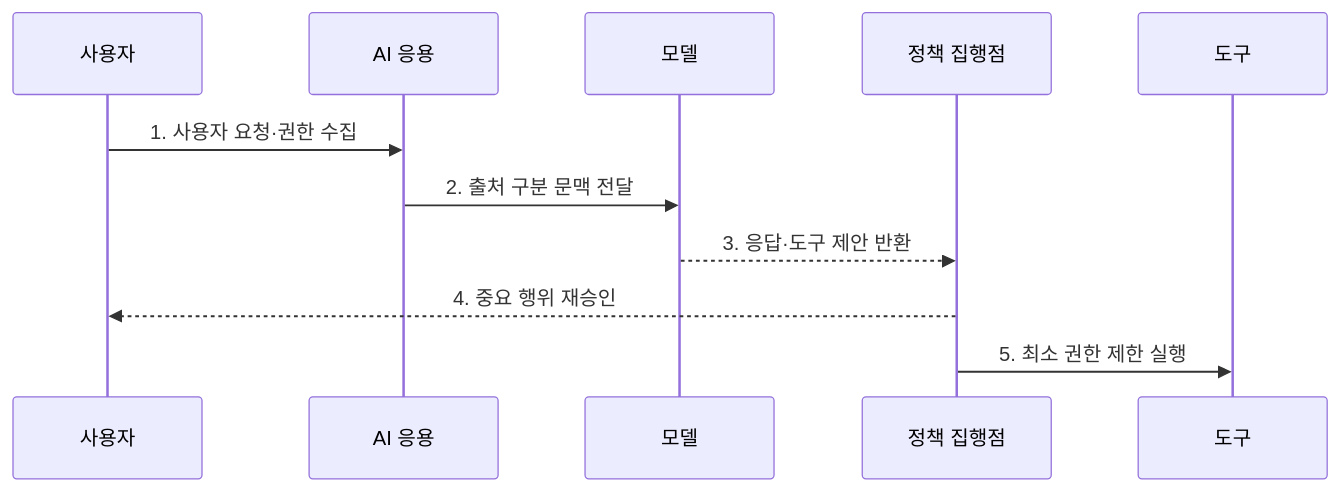
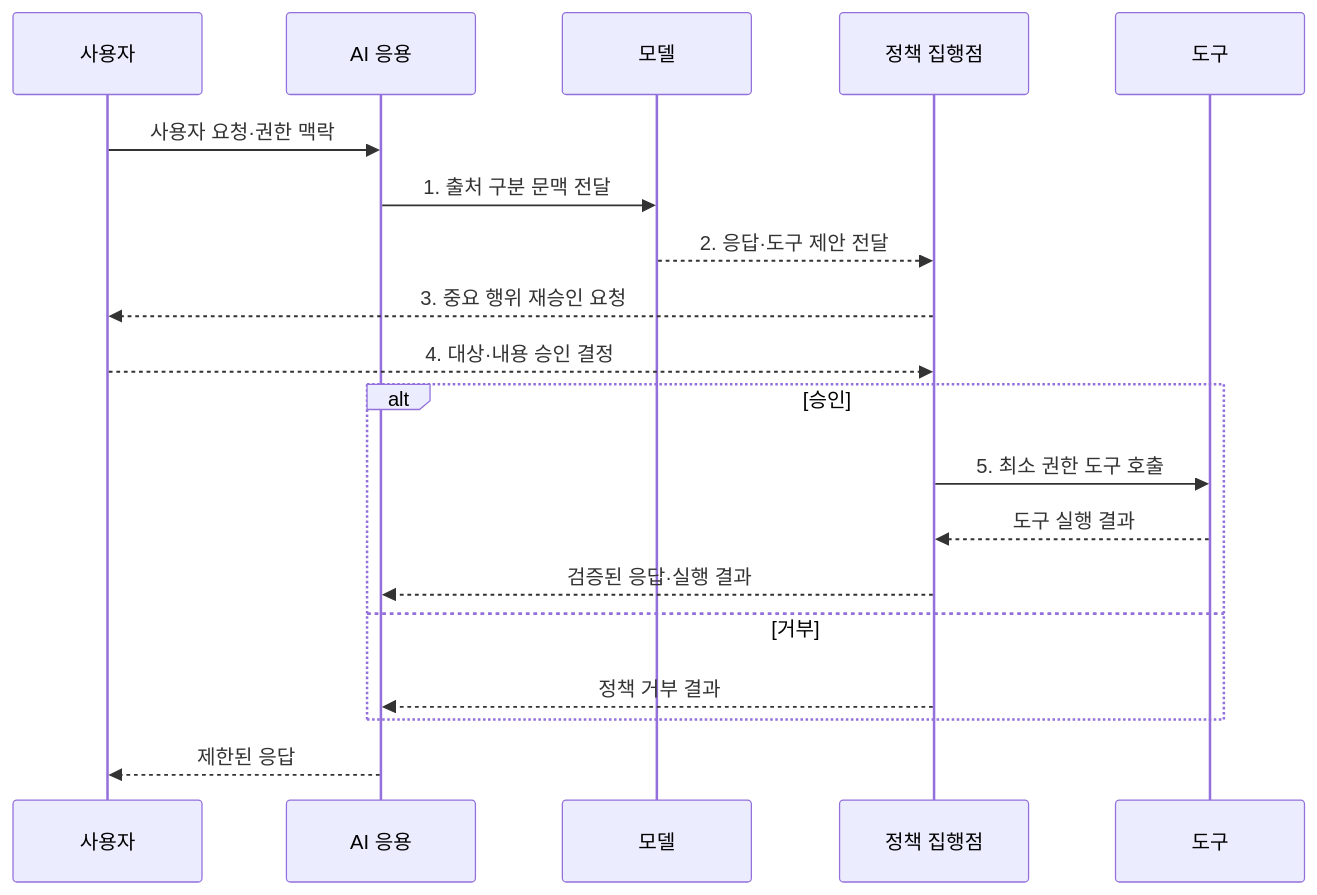
The second of 2 diagrams in src/content/docs/notes/05-security/079_prompt_injection.md (agnusdei1207/knowledge-base), drawn with Mermaid before and after one commit. The commit also changed other lines of this file and 20 other files, not shown here.

````diff
--- a/src/content/docs/notes/05-security/079_prompt_injection.md
+++ b/src/content/docs/notes/05-security/079_prompt_injection.md
@@ -88,13 +90,21 @@
 ```mermaid
 sequenceDiagram
     participant U as 사용자
     participant A as AI 응용
     participant M as 모델
     participant P as 정책 집행점
     participant T as 도구
-    U->>A: 1. 사용자 요청·권한 수집
-    A->>M: 2. 출처 구분 문맥 전달
-    M-->>P: 3. 응답·도구 제안 반환
-    P-->>U: 4. 중요 행위 재승인
-    P->>T: 5. 최소 권한 제한 실행
+    U->>A: 사용자 요청·권한 맥락
+    A->>M: 1. 출처 구분 문맥 전달
+    M-->>P: 2. 응답·도구 제안 전달
+    P-->>U: 3. 중요 행위 재승인 요청
+    U-->>P: 4. 대상·내용 승인 결정
+    alt 승인
+        P->>T: 5. 최소 권한 도구 호출
+        T-->>P: 도구 실행 결과
+        P-->>A: 검증된 응답·실행 결과
+    else 거부
+        P-->>A: 정책 거부 결과
+    end
+    A-->>U: 제한된 응답
 ```
````
